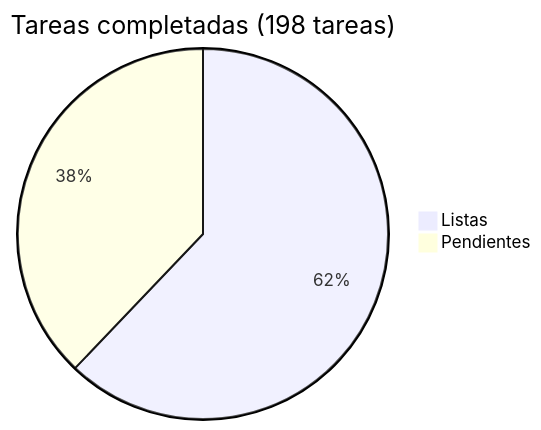
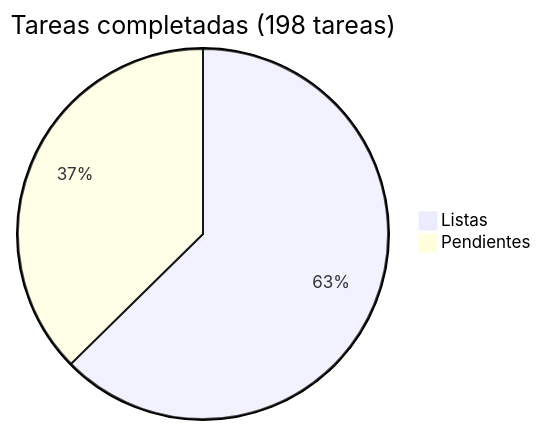
One commit to araguaney-lat/araguaney changed the diagram in docs/roadmap/README.md. Above: the diagram before and after it, drawn with Mermaid. The commit also changed other lines of this file and 1 other file, not shown here.

Commit message:
docs: mark task 31 done — standards section already implemented in home page

````diff
--- a/docs/roadmap/README.md
+++ b/docs/roadmap/README.md
@@ -5,5 +5,5 @@
 ```mermaid
 pie title Tareas completadas (198 tareas)
-    "Listas" : 123
-    "Pendientes" : 75
+    "Listas" : 124
+    "Pendientes" : 74
 ```
````
